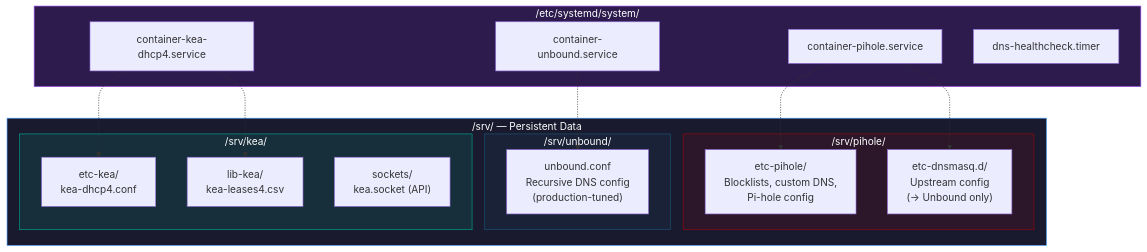
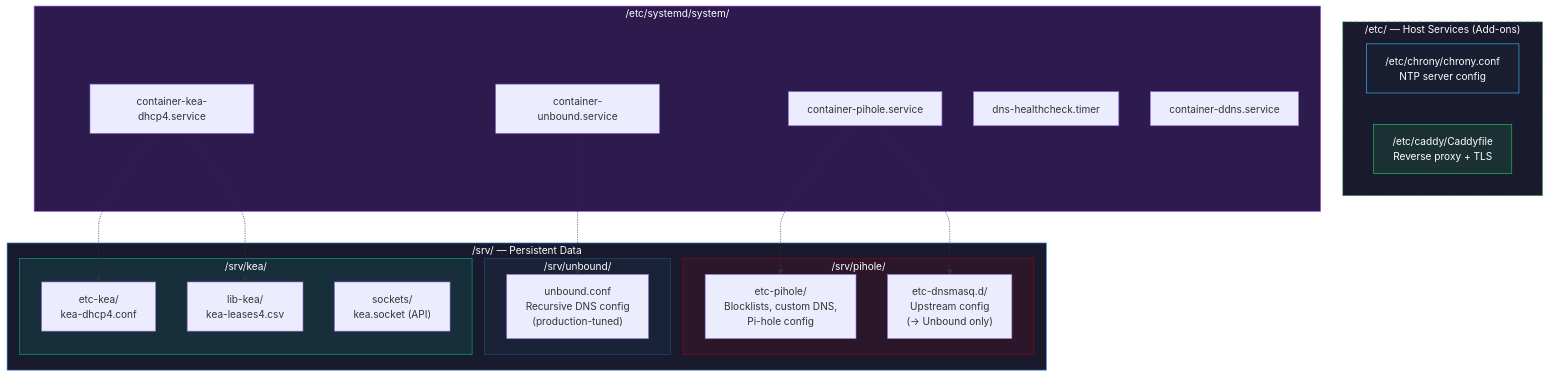
The third of 7 diagrams in README.md (ParkWardRR/zelira), drawn with Mermaid before and after one commit. The commit also changed other lines of this file and 3 other files, not shown here.

````diff
--- a/README.md
+++ b/README.md
@@ -215,36 +234,45 @@
 ```mermaid
 graph TD
     subgraph host["/srv/ — Persistent Data"]
         subgraph pihole_data["/srv/pihole/"]
             etc_pihole["etc-pihole/\nBlocklists, custom DNS,\nPi-hole config"]
             etc_dnsmasq["etc-dnsmasq.d/\nUpstream config\n(→ Unbound only)"]
         end
         subgraph unbound_data["/srv/unbound/"]
             ub_conf["unbound.conf\nRecursive DNS config\n(production-tuned)"]
         end
         subgraph kea_data["/srv/kea/"]
             kea_conf["etc-kea/\nkea-dhcp4.conf"]
             kea_leases["lib-kea/\nkea-leases4.csv"]
             kea_sock["sockets/\nkea.socket (API)"]
         end
     end
 
+    subgraph host_svc["/etc/ — Host Services (Add-ons)"]
+        chrony_conf["/etc/chrony/chrony.conf\nNTP server config"]
+        caddy_conf["/etc/caddy/Caddyfile\nReverse proxy + TLS"]
+    end
+
     subgraph systemd["/etc/systemd/system/"]
         s1["container-unbound.service"]
         s2["container-pihole.service"]
         s3["container-kea-dhcp4.service"]
         s4["dns-healthcheck.timer"]
+        s5["container-ddns.service"]
     end
 
     s1 -.-> ub_conf
     s2 -.-> etc_pihole
     s2 -.-> etc_dnsmasq
     s3 -.-> kea_conf
     s3 -.-> kea_leases
 
     style host fill:#1a1a2e,stroke:#4a9eff,color:#fff
+    style host_svc fill:#1a1a2e,stroke:#22c55e,stroke-dasharray:5 5,color:#fff
     style systemd fill:#2d1b4e,stroke:#a855f7,color:#fff
     style pihole_data fill:#96060C22,stroke:#96060C,color:#fff
     style unbound_data fill:#1A527622,stroke:#1A5276,color:#fff
     style kea_data fill:#00A98F22,stroke:#00A98F,color:#fff
+    style chrony_conf fill:#1a354722,stroke:#38bdf8,color:#fff
+    style caddy_conf fill:#22c55e22,stroke:#22c55e,color:#fff
 ```
````
